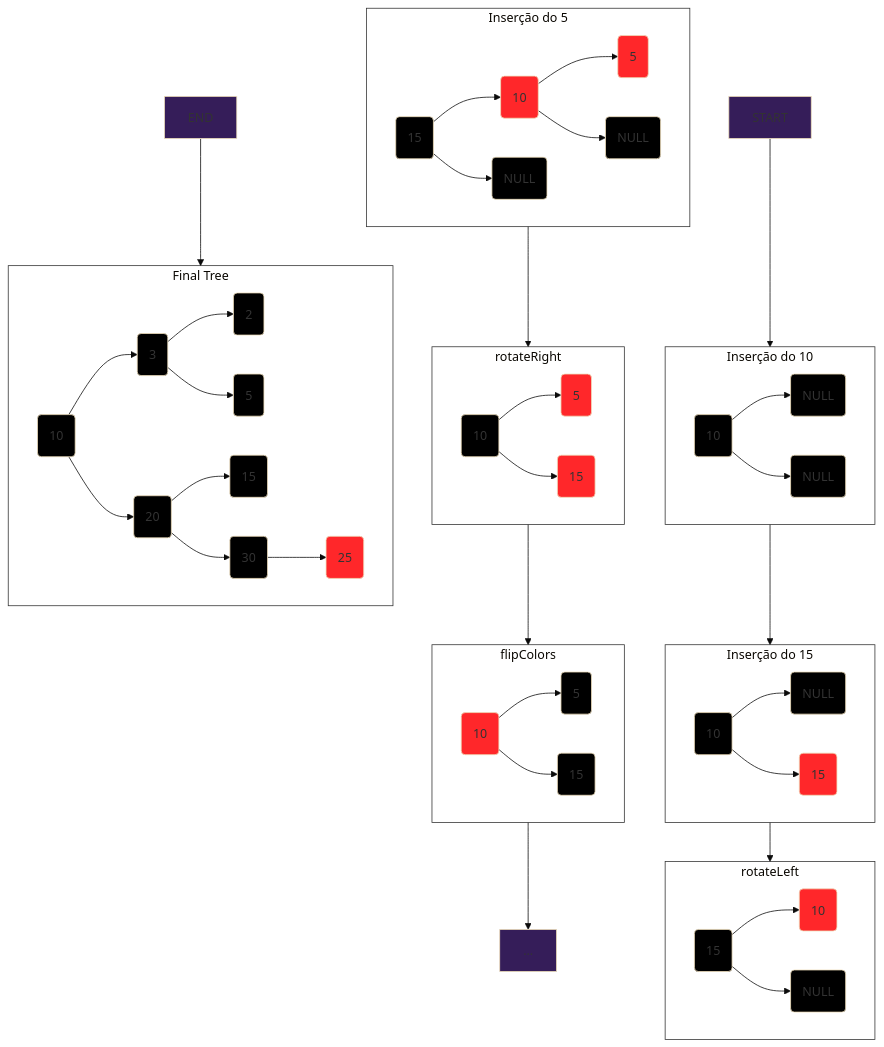
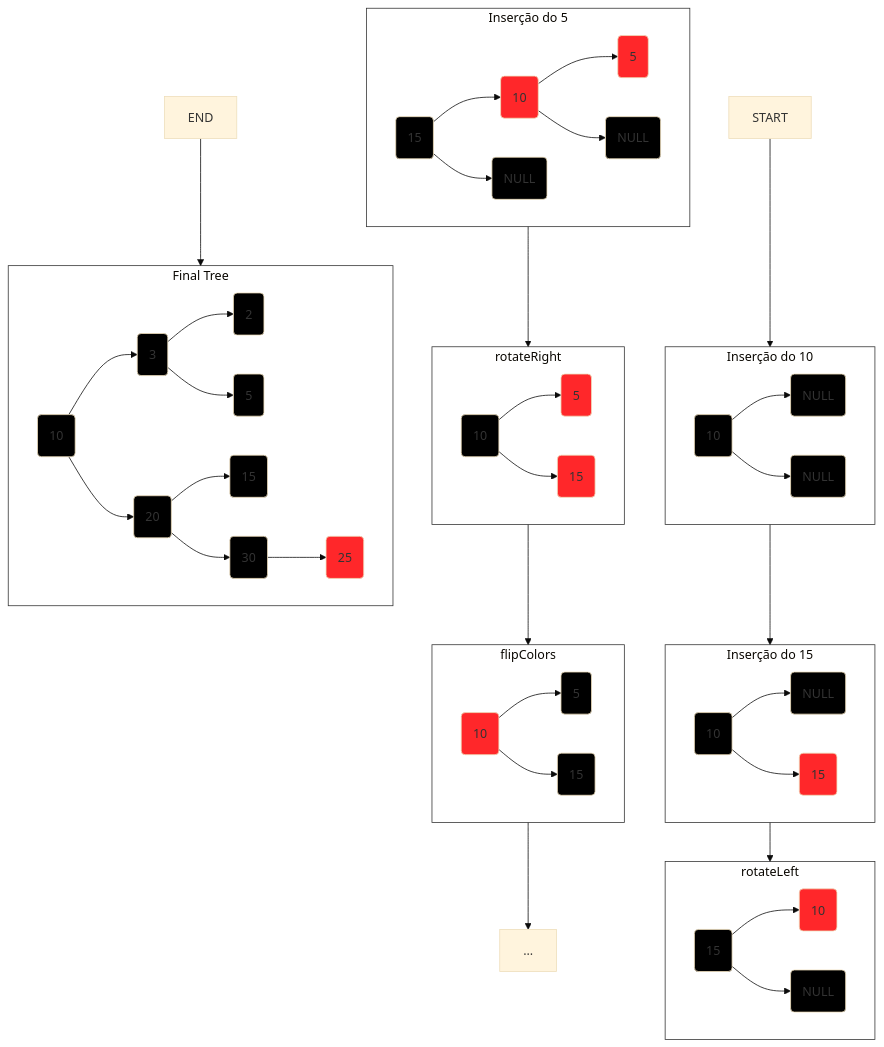
The diagram in README.md (west7/EDA2), drawn with Mermaid (base theme) before and after one commit. The commit also changed other lines of this file, not shown here.

Commit message:
att apostila

````diff
--- a/README.md
+++ b/README.md
@@ -196,65 +197,65 @@
 ```mermaid
 graph TD;
 
     subgraph I1[Inserção do 10]
     A(10) --> B(NULL) & C(NULL)
     end
 
     subgraph I2[Inserção do 15]
     A2(10) --> B2(NULL) & C2(15)
     end
 
     subgraph I3[rotateLeft]
     A3(15) --> C3(10) & B3(NULL)
     end
     
     subgraph I4[Inserção do 5]
     A4(15)--> B4(10) --> C4(5)
     A4(15) --> D4(NULL)
     B4(10) --> E4(NULL)
     end
 
     subgraph I5[rotateRight]
     A5(10) --> B5(5) & C5(15)
     end
 
     subgraph I6[flipColors]
     A6(10) --> B6(5) & C6(15)
     end
 
     subgraph I7[Final Tree]
     a7(10) --> b7(3) & c7(20)
     b7(3) --> d7(2) & e7(5)
     c7(20) --> f7(15) & g7(30)
     g7(30) --> h7(25)
     end
 
     classDef myNodeStyle fill:#000000,stroke-width:1px;
 
     class A,B,C,A2,B2,A3,B3,A4,D4,E4,A5,B6,C6,a7,b7,c7,d7,e7,f7,g7 myNodeStyle;
 
     style C2 fill: #FF272A
     style C3 fill: #FF272A
     style B4 fill: #FF272A
     style C4 fill: #FF272A
     style B5 fill: #FF272A
     style C5 fill: #FF272A
     style A6 fill: #FF272A
     style h7 fill: #FF272A
-    style ... fill: #351D59	
-    style START fill: #351D59
-    style END fill: #351D59	
+    style ... fill: 	
+    style START fill:
+    style END fill: 	
 
     style I1 fill: #FFFFFF00, stroke:#333, stroke-width: 1px;
     style I2 fill: #FFFFFF00, stroke:#333, stroke-width: 1px;
     style I3 fill: #FFFFFF00, stroke:#333, stroke-width: 1px;
     style I4 fill: #FFFFFF00, stroke:#333, stroke-width: 1px;
     style I5 fill: #FFFFFF00, stroke:#333, stroke-width: 1px;
     style I6 fill: #FFFFFF00, stroke:#333, stroke-width: 1px;
     style I7 fill: #FFFFFF00, stroke:#333, stroke-width: 1px;
 
     START --> I1
     I1 --> I2 --> I3 
     I4 --> I5 --> I6 --> ...
     END --> I7 
 ```
````
